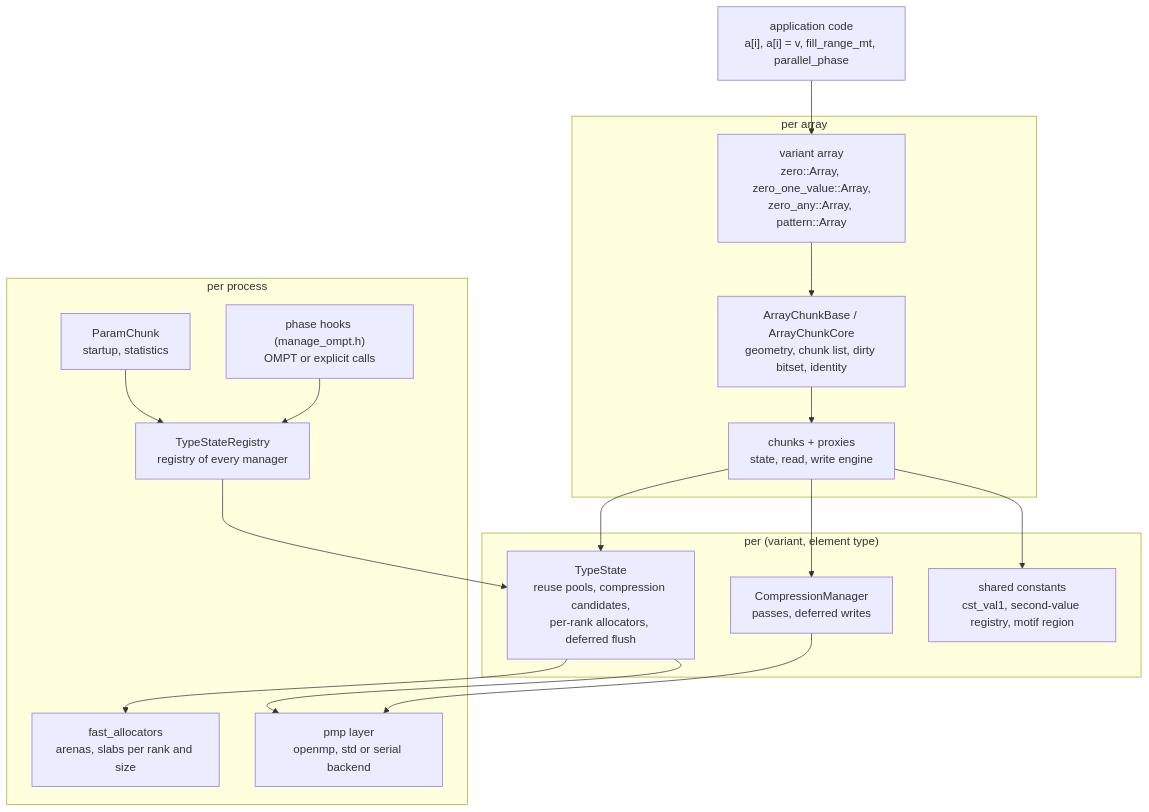
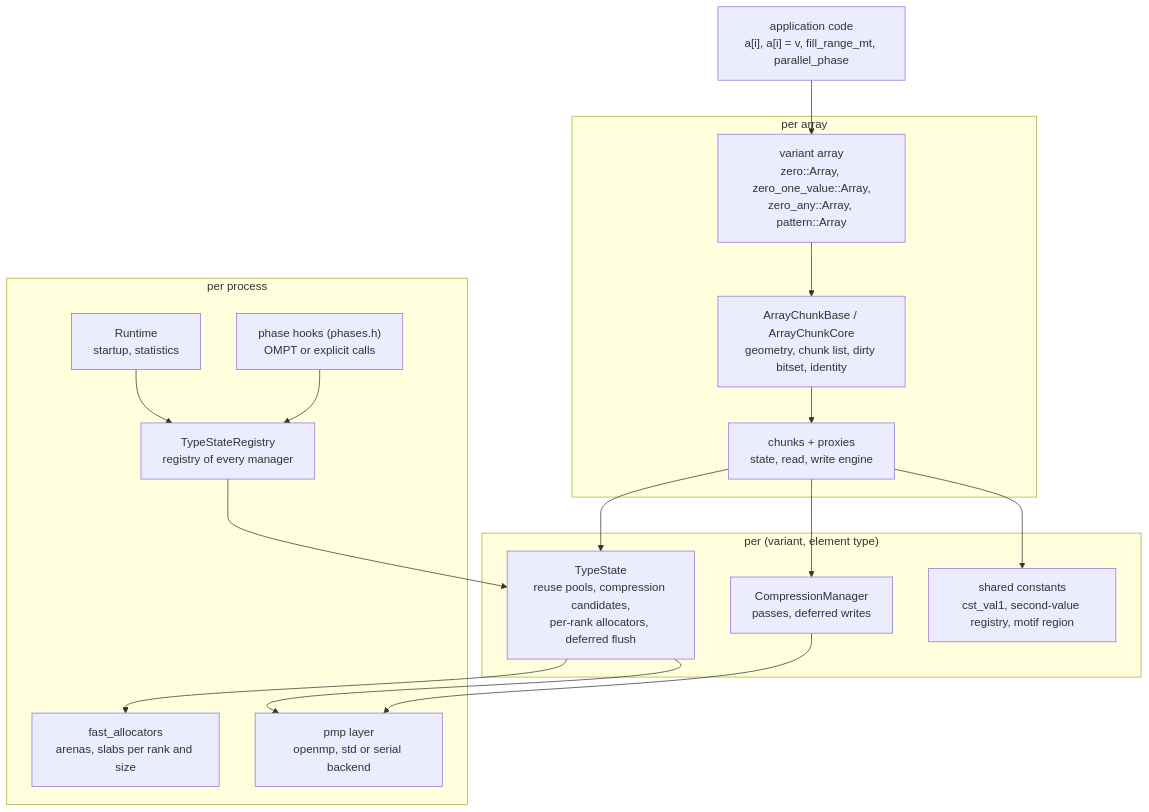
The second of 3 diagrams in docs/design.md (cea-hpc/shrink-array), drawn with Mermaid before and after one commit. The commit also changed other lines of this file and 141 other files, not shown here.

````diff
--- a/docs/design.md
+++ b/docs/design.md
@@ -74,31 +74,31 @@
 ```mermaid
 flowchart TB
     app["application code<br/>a[i], a[i] = v, fill_range_mt, parallel_phase"]
     subgraph per_array["per array"]
         arr["variant array<br/>zero::Array, zero_one_value::Array,<br/>zero_any::Array, pattern::Array"]
         base["ArrayChunkBase / ArrayChunkCore<br/>geometry, chunk list, dirty bitset, identity"]
         chk["chunks + proxies<br/>state, read, write engine"]
     end
     subgraph per_type["per (variant, element type)"]
         mgr["TypeState<br/>reuse pools, compression candidates,<br/>per-rank allocators, deferred flush"]
         cmp["CompressionManager<br/>passes, deferred writes"]
         reg["shared constants<br/>cst_val1, second-value registry, motif region"]
     end
     subgraph per_process["per process"]
         all["TypeStateRegistry<br/>registry of every manager"]
-        par["ParamChunk<br/>startup, statistics"]
-        phase["phase hooks (manage_ompt.h)<br/>OMPT or explicit calls"]
+        par["Runtime<br/>startup, statistics"]
+        phase["phase hooks (phases.h)<br/>OMPT or explicit calls"]
         pmp["pmp layer<br/>openmp, std or serial backend"]
         fa["fast_allocators<br/>arenas, slabs per rank and size"]
     end
     app --> arr --> base --> chk
     chk --> mgr
     chk --> cmp
     chk --> reg
     mgr --> fa
     all --> mgr
     par --> all
     phase --> all
     cmp --> pmp
     mgr --> pmp
 ```
````
